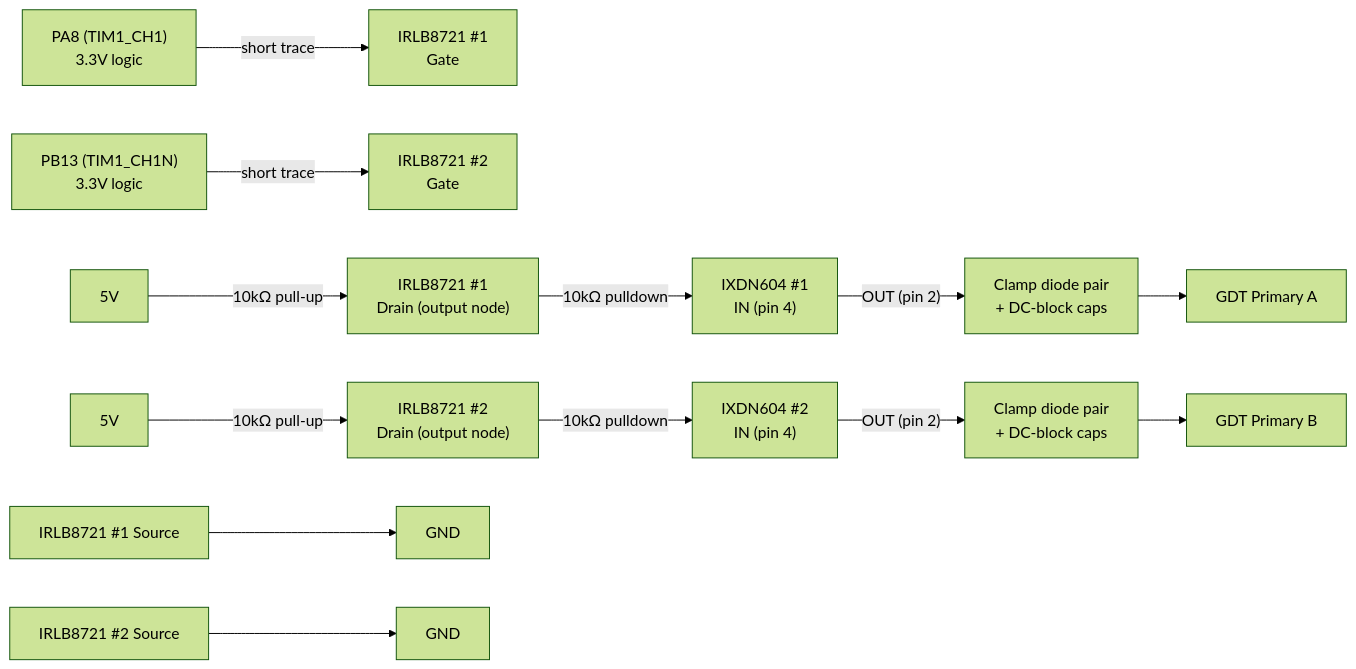
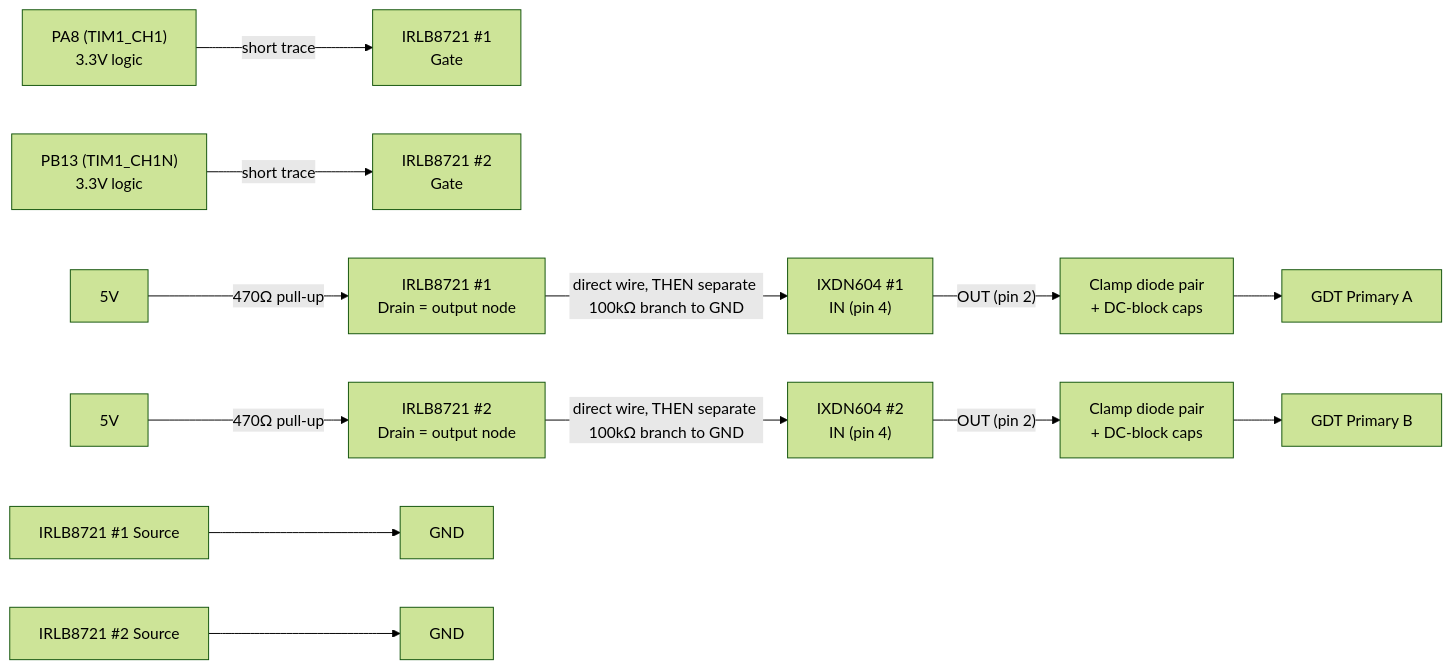
The first of 4 diagrams in docs/BOARD_V2_DIRECT.md (metanurb21/Nucleo-induction-heater), drawn with Mermaid (forest theme) before and after one commit. The commit also changed other lines of this file, not shown here.

````diff
--- a/docs/BOARD_V2_DIRECT.md
+++ b/docs/BOARD_V2_DIRECT.md
@@ -28,19 +28,19 @@
 ```mermaid
 graph LR
     PA8["PA8 (TIM1_CH1)<br/>3.3V logic"] -->|"short trace"| Q1G["IRLB8721 #1<br/>Gate"]
     PB13["PB13 (TIM1_CH1N)<br/>3.3V logic"] -->|"short trace"| Q2G["IRLB8721 #2<br/>Gate"]
 
-    V5A["5V"] -->|"10kΩ pull-up"| Q1D["IRLB8721 #1<br/>Drain (output node)"]
-    V5B["5V"] -->|"10kΩ pull-up"| Q2D["IRLB8721 #2<br/>Drain (output node)"]
+    V5A["5V"] -->|"470Ω pull-up"| Q1D["IRLB8721 #1<br/>Drain = output node"]
+    V5B["5V"] -->|"470Ω pull-up"| Q2D["IRLB8721 #2<br/>Drain = output node"]
 
-    Q1D -->|"10kΩ pulldown"| IXDN1["IXDN604 #1<br/>IN (pin 4)"]
-    Q2D -->|"10kΩ pulldown"| IXDN2["IXDN604 #2<br/>IN (pin 4)"]
+    Q1D -->|"direct wire, THEN separate 100kΩ branch to GND"| IXDN1["IXDN604 #1<br/>IN (pin 4)"]
+    Q2D -->|"direct wire, THEN separate 100kΩ branch to GND"| IXDN2["IXDN604 #2<br/>IN (pin 4)"]
 
     Q1S["IRLB8721 #1 Source"] --> GND1["GND"]
     Q2S["IRLB8721 #2 Source"] --> GND2["GND"]
 
     IXDN1 -->|"OUT (pin 2)"| PROT1["Clamp diode pair<br/>+ DC-block caps"]
     IXDN2 -->|"OUT (pin 2)"| PROT2["Clamp diode pair<br/>+ DC-block caps"]
     PROT1 --> GDT1["GDT Primary A"]
     PROT2 --> GDT2["GDT Primary B"]
 ```
````
